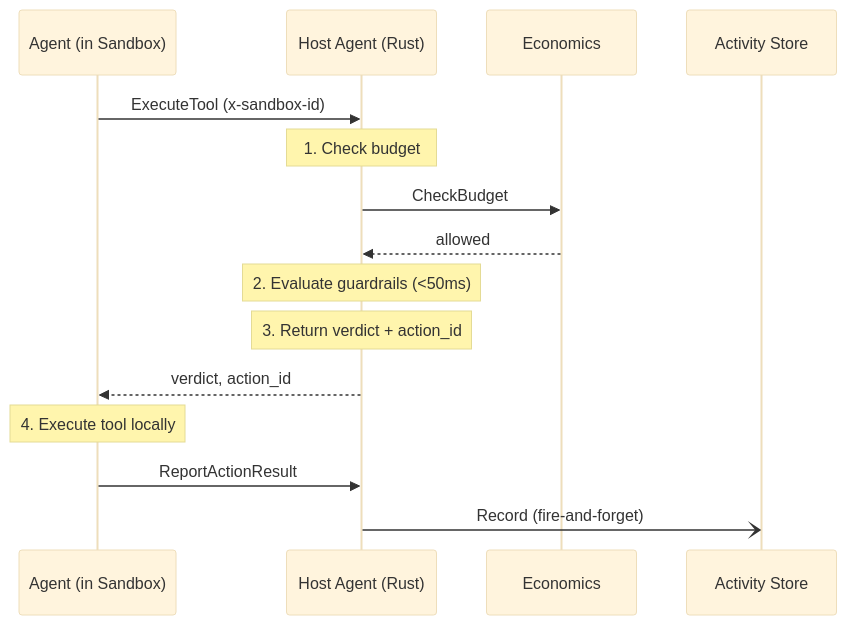
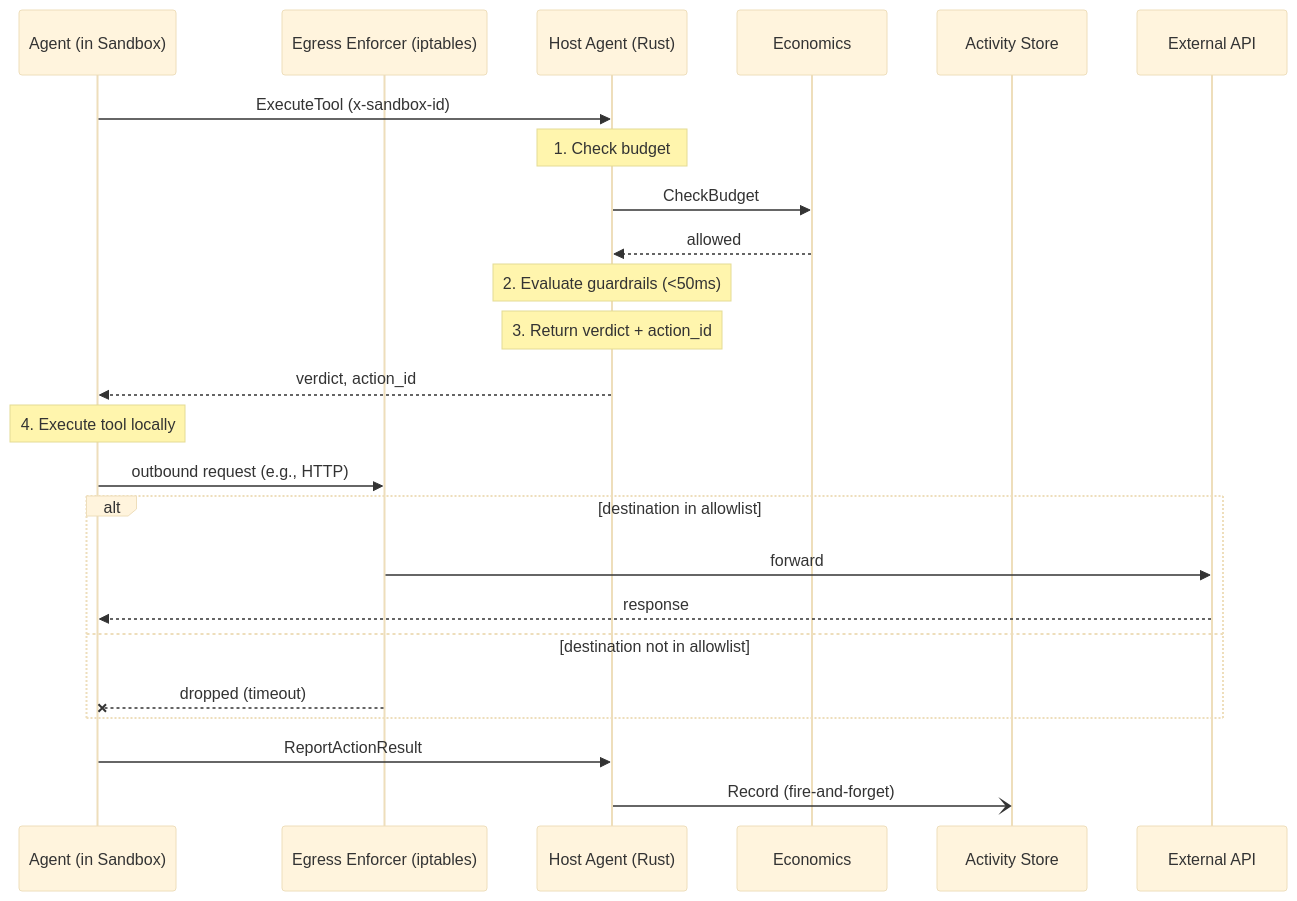
One commit to Baselyne-Systems/agent-sandbox-platform changed the diagram in docs/getting-started/agent-guide.md. Above: the diagram before and after it, drawn with Mermaid (base theme). The commit also changed other lines of this file and 1 other file, not shown here.

````diff
--- a/docs/getting-started/agent-guide.md
+++ b/docs/getting-started/agent-guide.md
@@ -13,18 +13,29 @@
 ```mermaid
 sequenceDiagram
     participant Agent as Agent (in Sandbox)
+    participant Egress as Egress Enforcer (iptables)
     participant HA as Host Agent (Rust)
     participant Economics
     participant Activity as Activity Store
+    participant Ext as External API
 
     Agent->>HA: ExecuteTool (x-sandbox-id)
     Note over HA: 1. Check budget
     HA->>Economics: CheckBudget
     Economics-->>HA: allowed
     Note over HA: 2. Evaluate guardrails (<50ms)
     Note over HA: 3. Return verdict + action_id
     HA-->>Agent: verdict, action_id
+
     Note over Agent: 4. Execute tool locally
+    Agent->>Egress: outbound request (e.g., HTTP)
+    alt destination in allowlist
+        Egress->>Ext: forward
+        Ext-->>Agent: response
+    else destination not in allowlist
+        Egress--xAgent: dropped (timeout)
+    end
+
     Agent->>HA: ReportActionResult
     HA-)Activity: Record (fire-and-forget)
 ```
````
